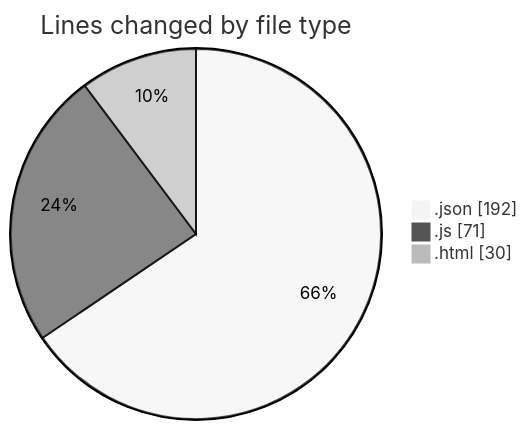
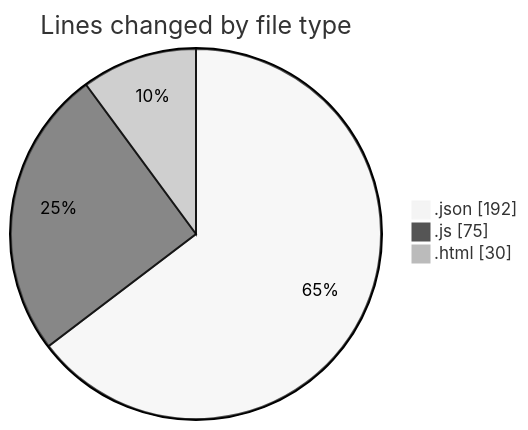
Before and after one commit to Ritupan-Deka/code-tracking: the first of 2 diagrams in 2025-07-05/hidden_search_widget/README.md, drawn with Mermaid (neutral theme). The commit also changed other lines of this file and 1 other file, not shown here.

````diff
--- a/2025-07-05/hidden_search_widget/README.md
+++ b/2025-07-05/hidden_search_widget/README.md
@@ -22,7 +22,7 @@
 ```mermaid
 pie showData
 title Lines changed by file type
 ".json" : 192
-".js" : 71
+".js" : 75
 ".html" : 30
 ```
````
